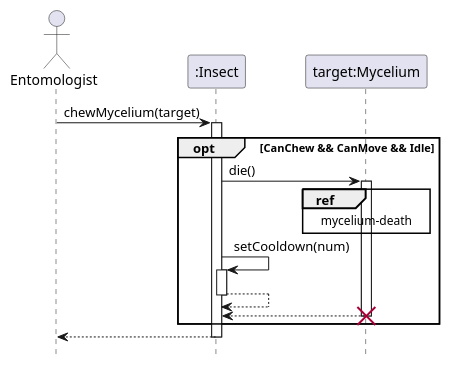
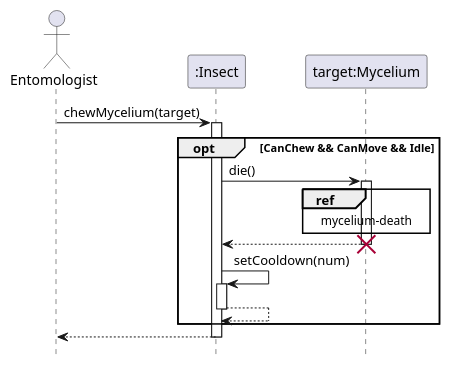
One commit to ZD4ve/projlab-error521 changed the diagram in SeqAndClassDiagrams/Insect/chew.pu. Above: the diagram before and after it, drawn with PlantUML. The commit also changed other lines of this file and 3 other files, not shown here.

```diff
--- a/SeqAndClassDiagrams/Insect/chew.pu
+++ b/SeqAndClassDiagrams/Insect/chew.pu
@@ -1,29 +1,29 @@
 @startuml Insect/chew
 hide footbox
 
 actor Entomologist
 participant ":Insect" as insect
 participant "target:Mycelium" as target
 
 Entomologist -> insect : chewMycelium(target)
 activate insect
 
 opt CanChew && CanMove && Idle
     insect -> target : die()
     activate target
 
     ref over target
         mycelium-death
     end ref
 
+    return
+    destroy target
+
     insect -> insect : setCooldown(num)
     activate insect
     return
-
-    return
-    destroy target
 end
 
 return
 
 @enduml
```
